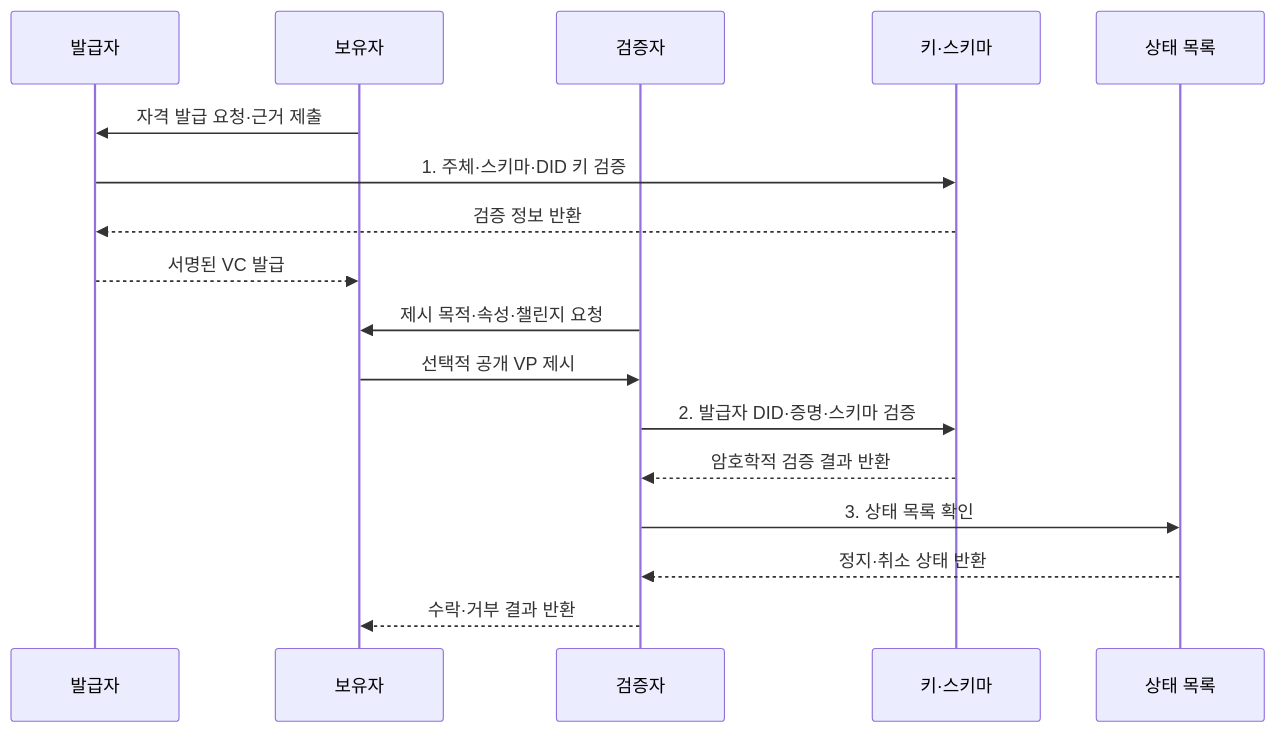
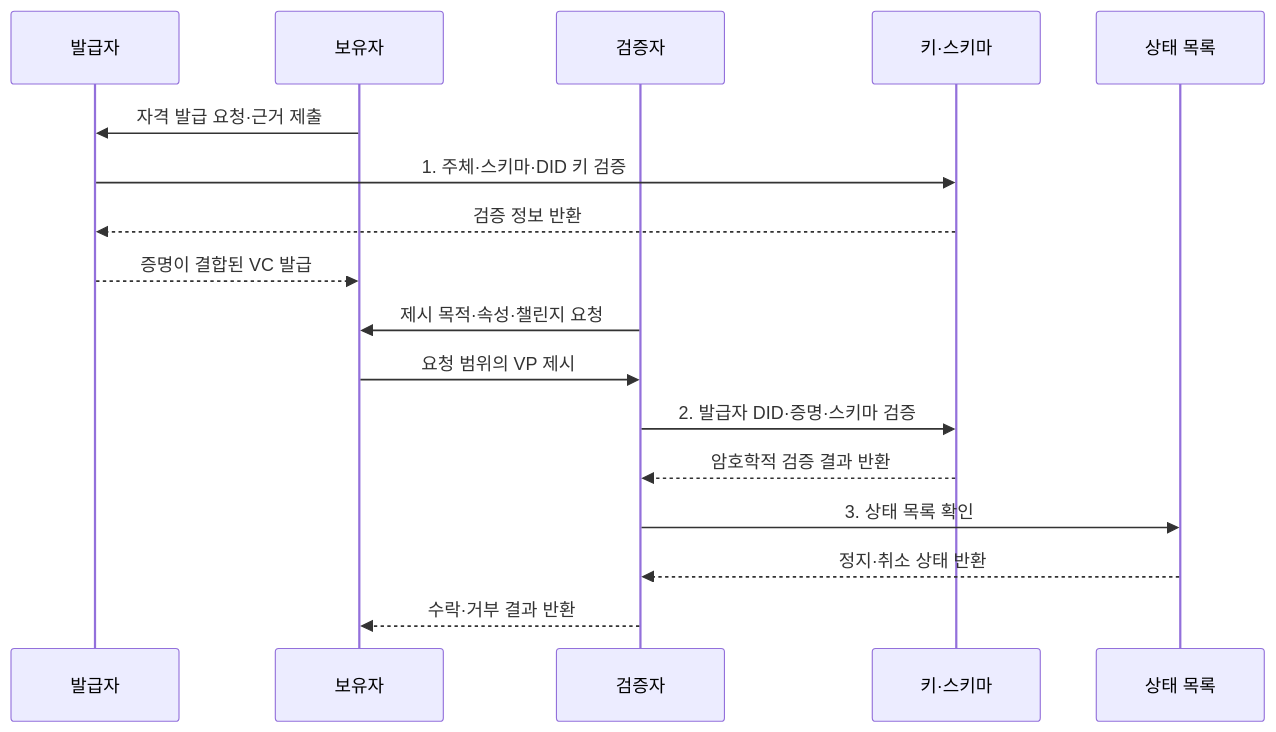
One commit to agnusdei1207/knowledge-base changed the second of 2 diagrams in src/content/docs/notes/08-latest-tech/221_verifiable_credential.md. Above: the diagram before and after it, drawn with Mermaid. The commit also changed other lines of this file and 8 other files, not shown here.

````diff
--- a/src/content/docs/notes/08-latest-tech/221_verifiable_credential.md
+++ b/src/content/docs/notes/08-latest-tech/221_verifiable_credential.md
@@ -97,19 +100,19 @@
 ```mermaid
 sequenceDiagram
   participant I as 발급자
   participant H as 보유자
   participant V as 검증자
   participant K as 키·스키마
   participant S as 상태 목록
   H->>I: 자격 발급 요청·근거 제출
   I->>K: 1. 주체·스키마·DID 키 검증
   K-->>I: 검증 정보 반환
-  I-->>H: 서명된 VC 발급
+  I-->>H: 증명이 결합된 VC 발급
   V->>H: 제시 목적·속성·챌린지 요청
-  H->>V: 선택적 공개 VP 제시
+  H->>V: 요청 범위의 VP 제시
   V->>K: 2. 발급자 DID·증명·스키마 검증
   K-->>V: 암호학적 검증 결과 반환
   V->>S: 3. 상태 목록 확인
   S-->>V: 정지·취소 상태 반환
   V-->>H: 수락·거부 결과 반환
 ```
````
